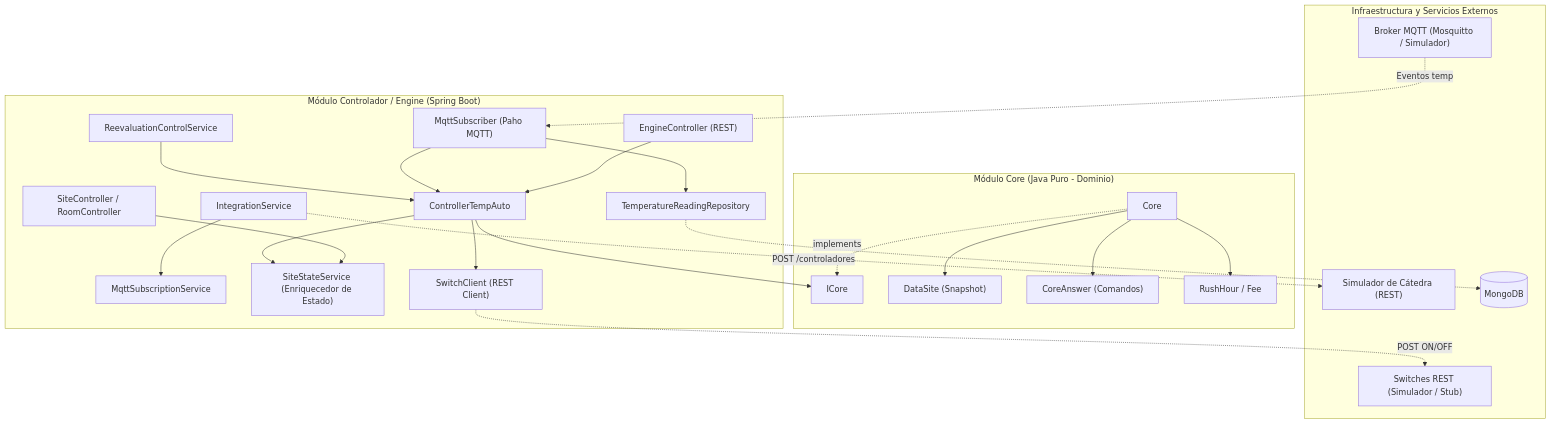
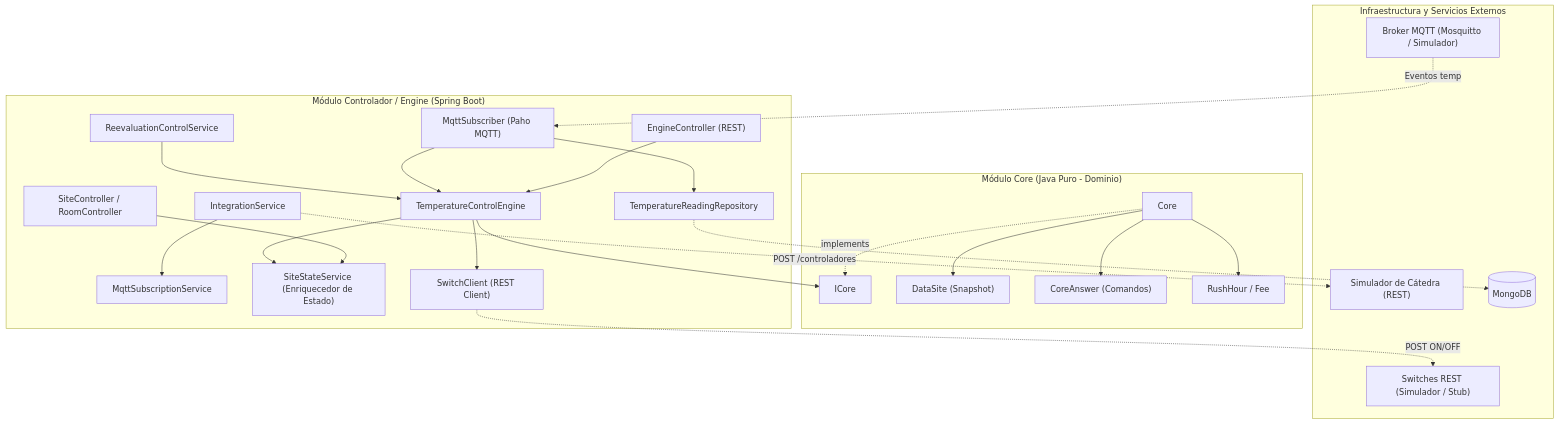
The first of 6 diagrams in docs/arquitectura/4mas1.md (walterlarrea/IISS-2026-grupo-2), drawn with Mermaid before and after one commit. The commit also changed other lines of this file, not shown here.

````diff
--- a/docs/arquitectura/4mas1.md
+++ b/docs/arquitectura/4mas1.md
@@ -27,48 +27,48 @@
 ```mermaid
 graph TD
     subgraph Core ["Módulo Core (Java Puro - Dominio)"]
         ICore["ICore"]
         CoreImpl["Core"]
         DataSite["DataSite (Snapshot)"]
         CoreAnswer["CoreAnswer (Comandos)"]
         RushHour["RushHour / Fee"]
         CoreImpl -.->|implements| ICore
         CoreImpl --> DataSite
         CoreImpl --> RushHour
         CoreImpl --> CoreAnswer
     end
 
     subgraph Engine ["Módulo Controlador / Engine (Spring Boot)"]
         EngineCtrl["EngineController (REST)"]
         SiteCtrl["SiteController / RoomController"]
         IntService["IntegrationService"]
         MqttSub["MqttSubscriber (Paho MQTT)"]
         MqttSync["MqttSubscriptionService"]
         Reeval["ReevaluationControlService"]
-        TempAuto["ControllerTempAuto"]
+        TempAuto["TemperatureControlEngine"]
         SiteState["SiteStateService (Enriquecedor de Estado)"]
         SwitchCli["SwitchClient (REST Client)"]
         MongoRepo["TemperatureReadingRepository"]
         EngineCtrl --> TempAuto
         SiteCtrl --> SiteState
         IntService --> MqttSync
         MqttSub --> MongoRepo
         MqttSub --> TempAuto
         Reeval --> TempAuto
         TempAuto --> SiteState
         TempAuto --> ICore
         TempAuto --> SwitchCli
     end
 
     subgraph Infra ["Infraestructura y Servicios Externos"]
         Simulator["Simulador de Cátedra (REST)"]
         Broker["Broker MQTT (Mosquitto / Simulador)"]
         Switches["Switches REST (Simulador / Stub)"]
         MongoDB[("MongoDB")]
     end
 
     IntService -.->|POST /controladores| Simulator
     Broker -.->|Eventos temp| MqttSub
     SwitchCli -.->|POST ON/OFF| Switches
     MongoRepo -.-> MongoDB
 ```
````
